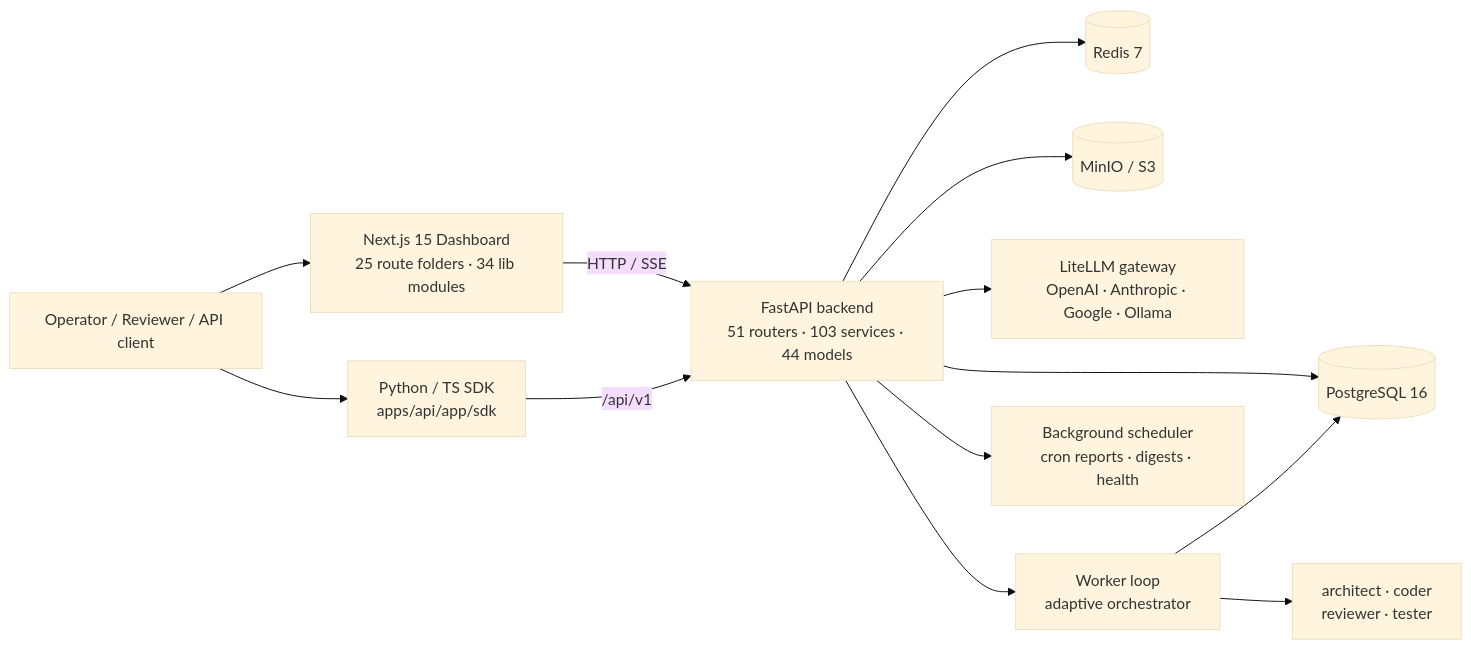
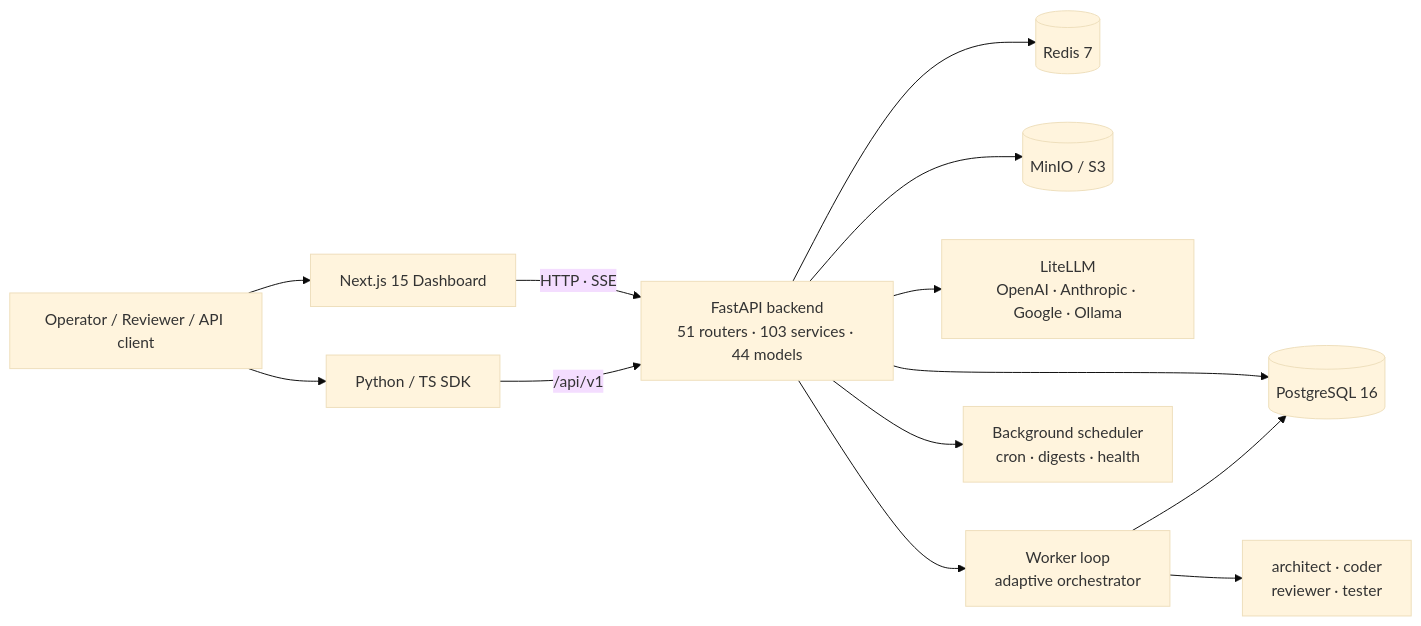
The diagram in README.md (priyankmistry21699-web/Forgemind), drawn with Mermaid (base theme) before and after one commit. The commit also changed other lines of this file and 2 other files, not shown here.

````diff
--- a/README.md
+++ b/README.md
@@ -178,16 +73,16 @@
 ```mermaid
 flowchart LR
-    U[Operator / Reviewer / API client] --> FE[Next.js 15 Dashboard<br/>25 route folders · 34 lib modules]
-    U --> SDK[Python / TS SDK<br/>apps/api/app/sdk]
-    FE -->|HTTP / SSE| API
+    U[Operator / Reviewer / API client] --> FE[Next.js 15 Dashboard]
+    U --> SDK[Python / TS SDK]
+    FE -->|HTTP · SSE| API
     SDK -->|/api/v1| API
     API[FastAPI backend<br/>51 routers · 103 services · 44 models]
     API --> PG[(PostgreSQL 16)]
     API --> RD[(Redis 7)]
     API --> S3[(MinIO / S3)]
-    API --> LLM[LiteLLM gateway<br/>OpenAI · Anthropic · Google · Ollama]
+    API --> LLM[LiteLLM<br/>OpenAI · Anthropic · Google · Ollama]
     API --> WORK[Worker loop<br/>adaptive orchestrator]
     WORK --> AG[architect · coder<br/>reviewer · tester]
     WORK --> PG
-    API --> SCHED[Background scheduler<br/>cron reports · digests · health]
+    API --> SCHED[Background scheduler<br/>cron · digests · health]
 ```
````
